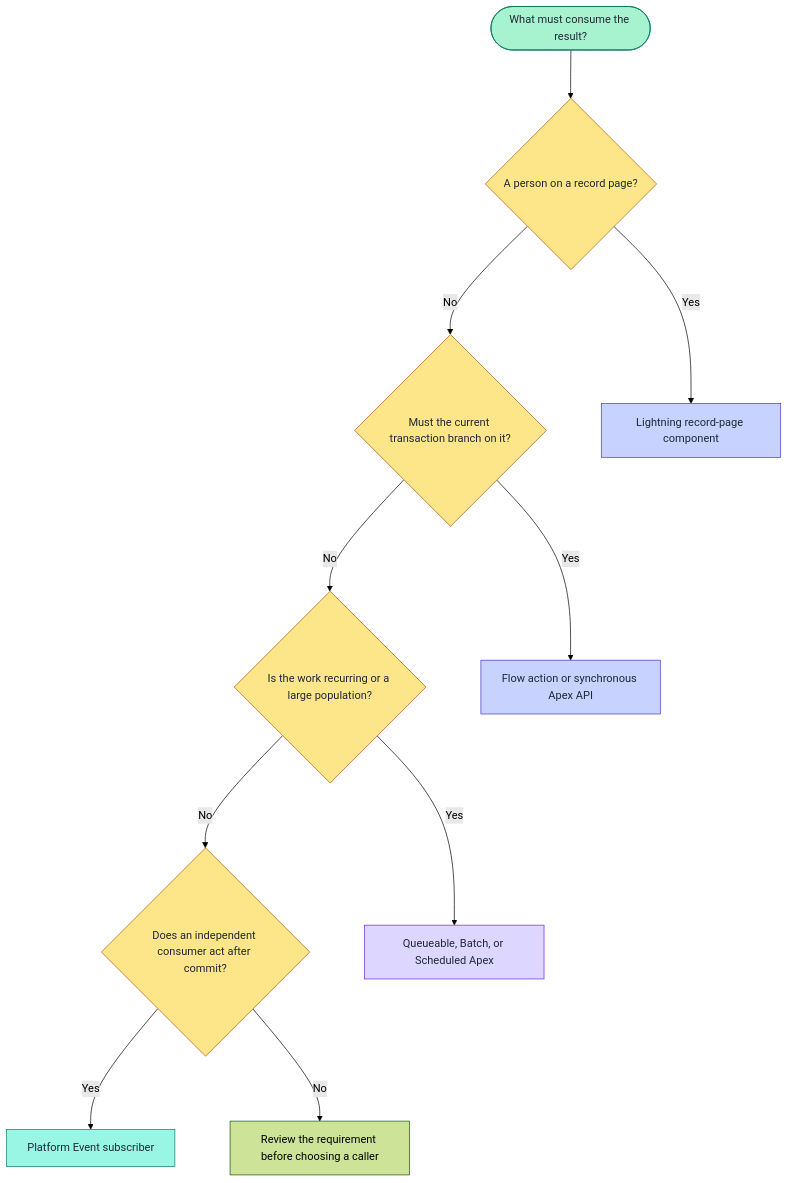
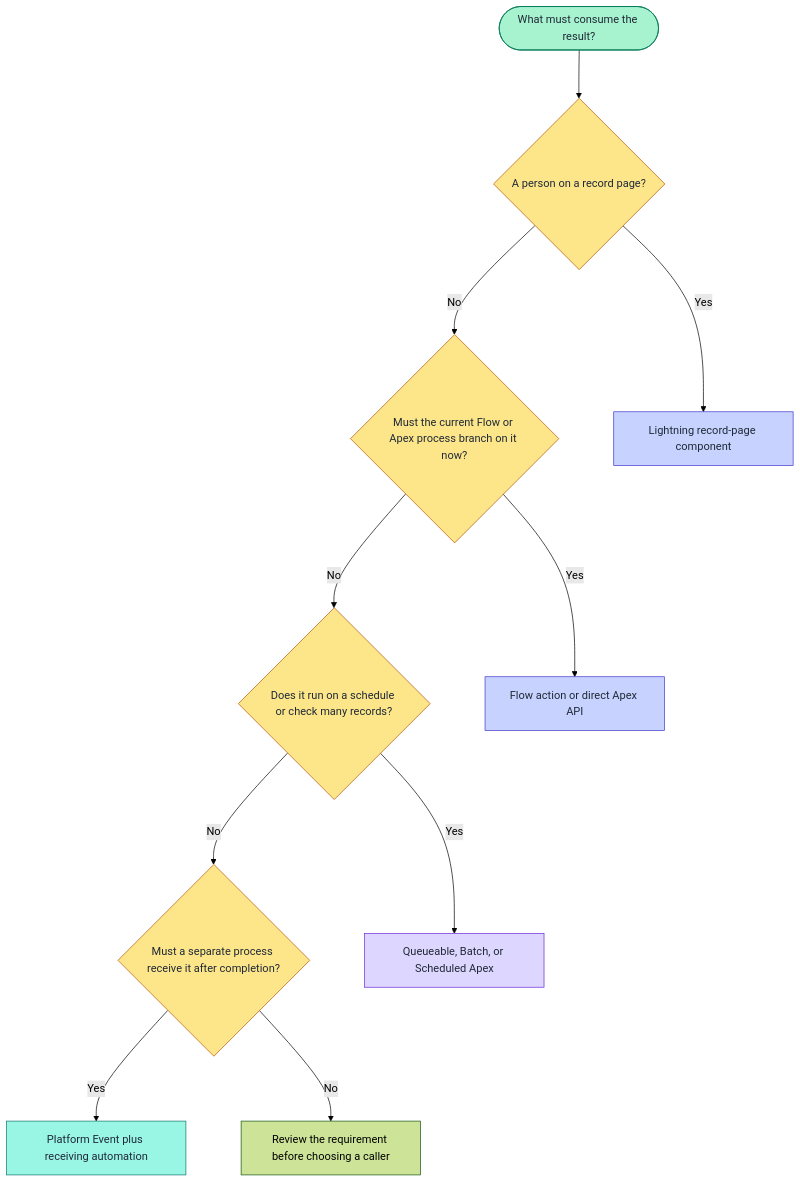
Before and after one commit to gkolan/record-health-check: the diagram in docs/integration/README.md, drawn with Mermaid (forest theme). The commit also changed other lines of this file and 121 other files, not shown here.

````diff
--- a/docs/integration/README.md
+++ b/docs/integration/README.md
@@ -41,34 +44,34 @@
 ```mermaid
 %%{init: {"flowchart": {"nodeSpacing": 80, "rankSpacing": 70}} }%%
 flowchart TB
     start(["What must consume the result?"])
     user{"A person on a record page?"}
-    immediate{"Must the current transaction branch on it?"}
-    recurring{"Is the work recurring or a large population?"}
-    independent{"Does an independent consumer act after commit?"}
+    immediate{"Must the current Flow or Apex process branch on it now?"}
+    recurring{"Does it run on a schedule or check many records?"}
+    independent{"Must a separate process receive it after completion?"}
     lightning["Lightning record-page component"]
-    flow["Flow action or synchronous Apex API"]
+    flow["Flow action or direct Apex API"]
     async["Queueable, Batch, or Scheduled Apex"]
-    event["Platform Event subscriber"]
+    event["Platform Event plus receiving automation"]
     review["Review the requirement before choosing a caller"]
 
     start --> user
     user -->|"Yes"| lightning
     user -->|"No"| immediate
     immediate -->|"Yes"| flow
     immediate -->|"No"| recurring
     recurring -->|"Yes"| async
     recurring -->|"No"| independent
     independent -->|"Yes"| event
     independent -->|"No"| review
 
     style start fill:#a7f3d0,stroke:#047857,color:#1f2937
     style user fill:#fde68a,stroke:#b45309,color:#1f2937
     style immediate fill:#fde68a,stroke:#b45309,color:#1f2937
     style recurring fill:#fde68a,stroke:#b45309,color:#1f2937
     style independent fill:#fde68a,stroke:#b45309,color:#1f2937
     style lightning fill:#c7d2fe,stroke:#4338ca,color:#1f2937
     style flow fill:#c7d2fe,stroke:#4338ca,color:#1f2937
     style async fill:#ddd6fe,stroke:#6d28d9,color:#1f2937
     style event fill:#99f6e4,stroke:#0f766e,color:#1f2937
 ```
````
